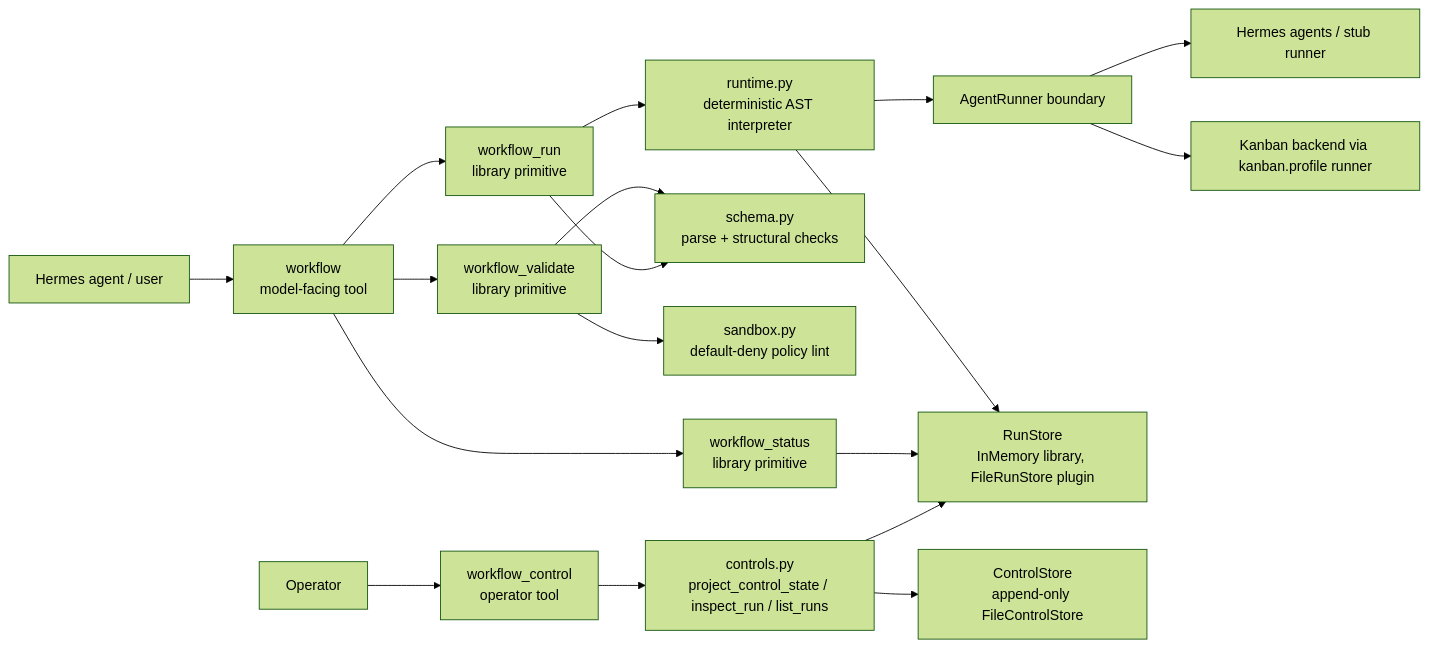
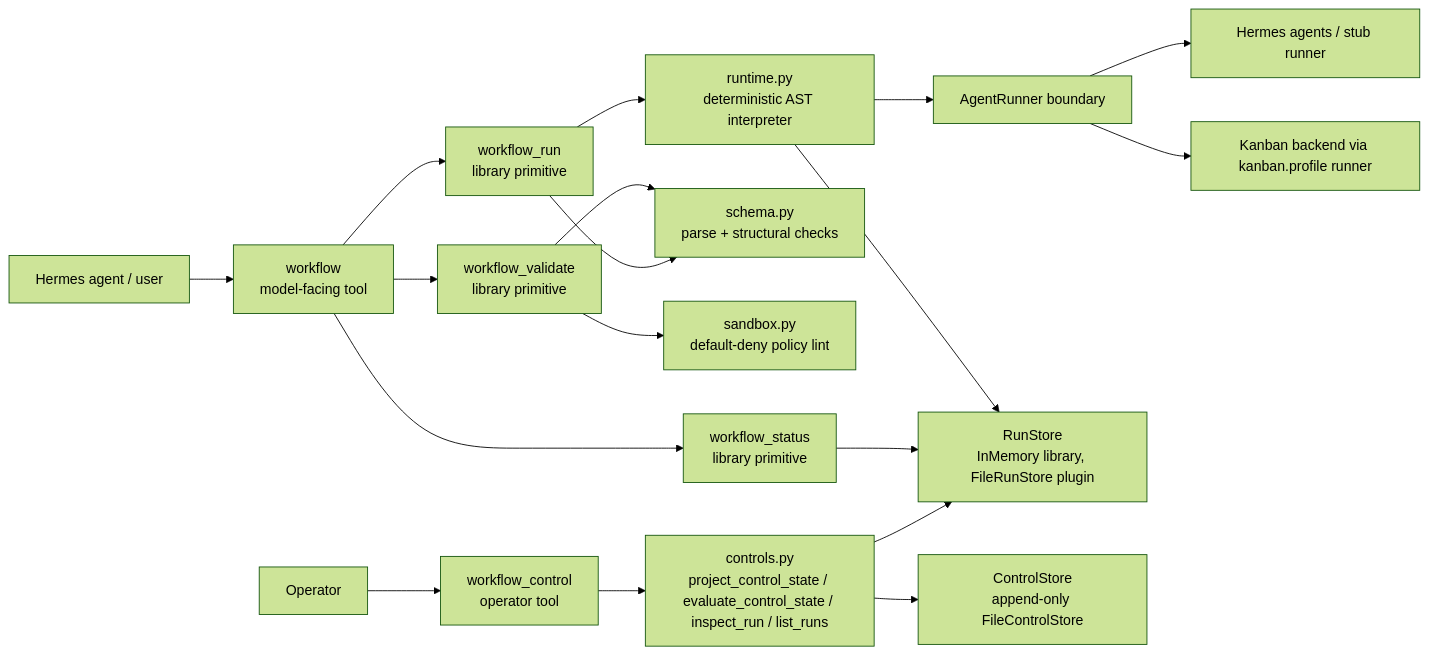
Before and after one commit to donovan-yohan/hermes-plugin-dynamic-workflows: the first of 3 diagrams in README.md, drawn with Mermaid (forest theme). The commit also changed other lines of this file and 9 other files, not shown here.

````diff
--- a/README.md
+++ b/README.md
@@ -555,23 +594,23 @@
 ```mermaid
 flowchart LR
   LLM[Hermes agent / user] --> W[workflow\nmodel-facing tool]
   OP[Operator] --> WC[workflow_control\noperator tool]
 
   W --> V[workflow_validate\nlibrary primitive]
   W --> R[workflow_run\nlibrary primitive]
   W --> S[workflow_status\nlibrary primitive]
   V --> SC[schema.py\nparse + structural checks]
   V --> SB[sandbox.py\ndefault-deny policy lint]
 
   R --> SC
   R --> RT[runtime.py\ndeterministic AST interpreter]
   RT --> AR[AgentRunner boundary]
   AR --> HA[Hermes agents / stub runner]
   AR --> KB[Kanban backend via kanban.profile runner]
   RT --> STORE[RunStore\nInMemory library, FileRunStore plugin]
 
   S --> STORE
-  WC --> CTL[controls.py\nproject_control_state / inspect_run / list_runs]
+  WC --> CTL[controls.py\nproject_control_state / evaluate_control_state / inspect_run / list_runs]
   CTL --> CS[ControlStore\nappend-only FileControlStore]
   CTL --> STORE
 ```
````
